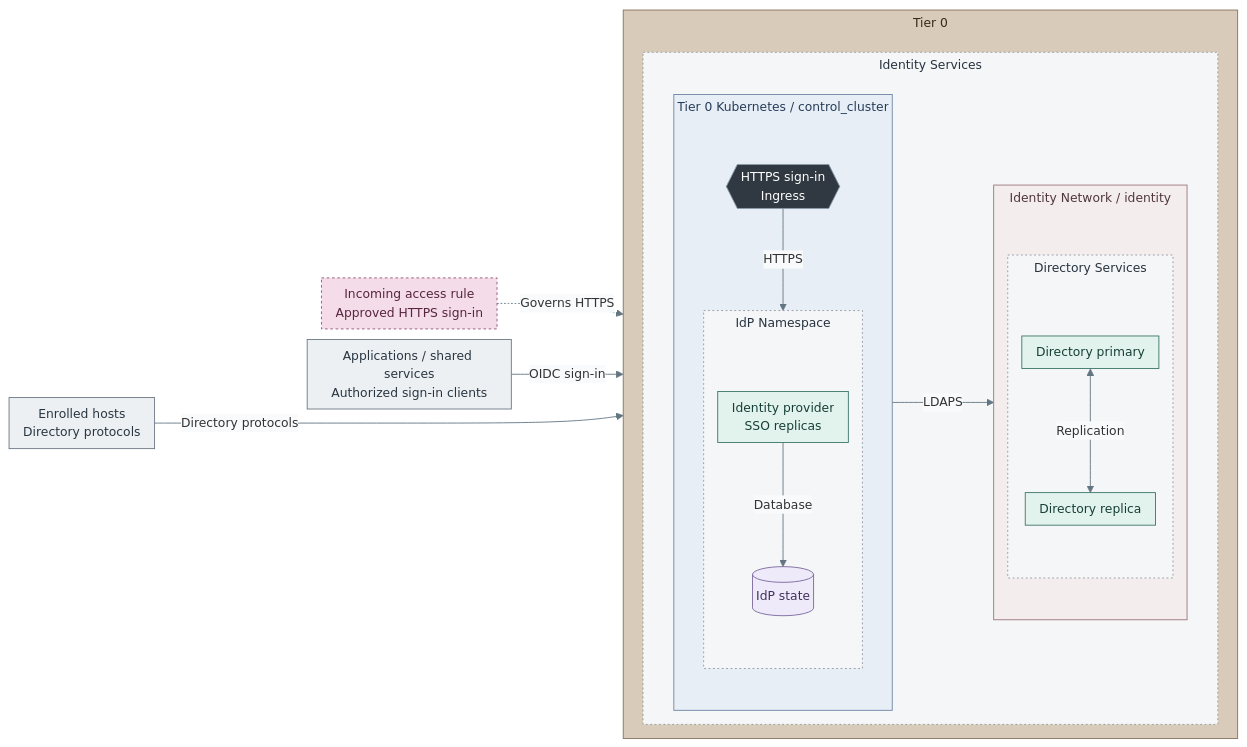
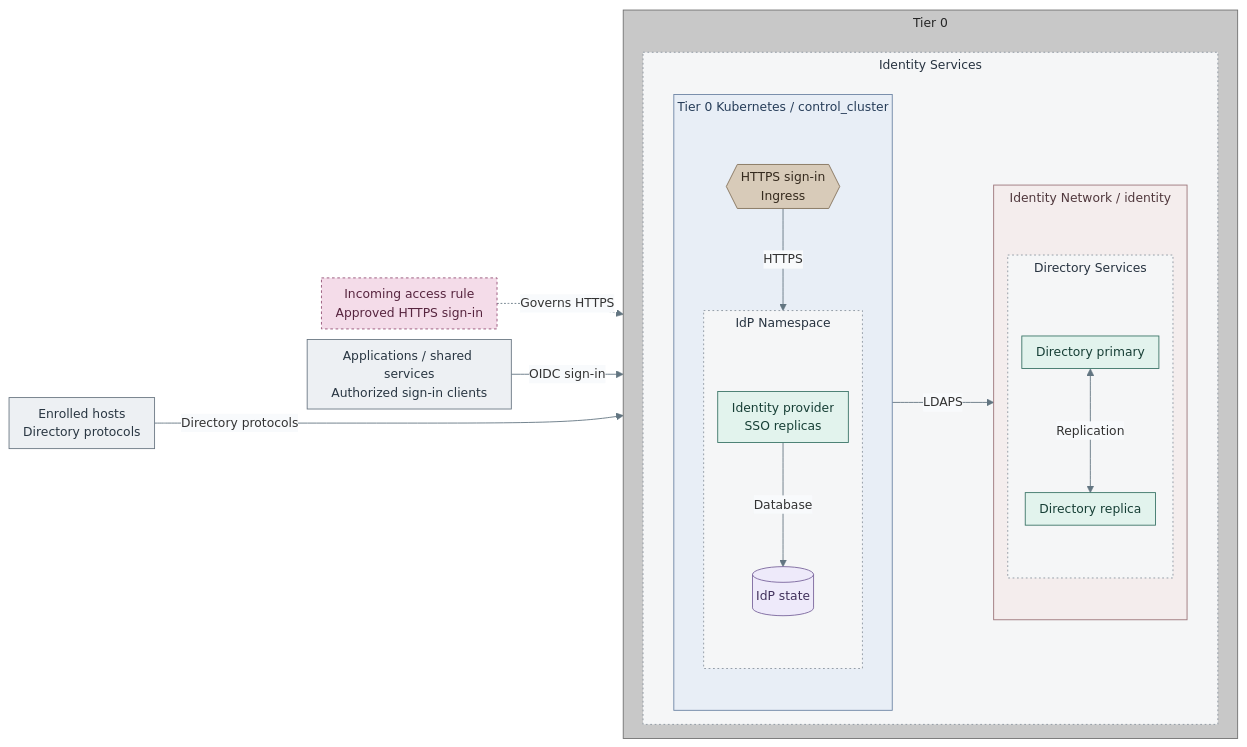
One commit to Rexus/homelab changed the first of 2 diagrams in docs/01-architecture/09-identity/README.md. Above: the diagram before and after it, drawn with Mermaid. The commit also changed other lines of this file and 91 other files, not shown here.

First line of the commit message:
docs(operations): document VMID cutover and align diagram colors

````diff
--- a/docs/01-architecture/09-identity/README.md
+++ b/docs/01-architecture/09-identity/README.md
@@ -14,62 +14,62 @@
 ```mermaid
 %%{init: {"theme":"base","flowchart":{"nodeSpacing":12,"rankSpacing":20,"padding":8,"subGraphTitleMargin":{"top":4,"bottom":28}},"themeVariables":{"fontFamily":"Arial, sans-serif","fontSize":"14px","lineColor":"#627581","edgeLabelBackground":"#f8fafc"},"fontFamily":"Arial, sans-serif"}}%%
 flowchart LR
   NetworkRule["Incoming access rule<br/>Approved HTTPS sign-in"]
   Consumers["Applications / shared services<br/>Authorized sign-in clients"]
   Hosts["Enrolled hosts<br/>Directory protocols"]
   subgraph T0["Tier 0"]
     direction LR
     subgraph IdentityServices["Identity Services"]
       direction LR
       subgraph Cluster["Tier 0 Kubernetes / control_cluster"]
         direction TB
         Ingress{{"HTTPS sign-in<br/>Ingress"}}
         subgraph IdPNamespace["IdP Namespace"]
           direction TB
           IdP["Identity provider<br/>SSO replicas"]
           Data[("IdP state")]
           IdP -->|Database| Data
         end
         Ingress -->|HTTPS| IdPNamespace
       end
       subgraph Directory["Identity Network / identity"]
         direction TB
         subgraph Pair["Directory Services"]
           direction TB
           Primary["Directory primary"]
           Replica["Directory replica"]
           Primary <-->|Replication| Replica
         end
       end
       IdPNamespace -->|LDAPS| Directory
     end
   end
   NetworkRule -. Governs HTTPS .-> Ingress
   Consumers -->|OIDC sign-in| Ingress
   Hosts ---->|Directory protocols| Directory
   classDef default fill:#f8fafc,stroke:#64748b,color:#1f2937
   class IdP default
-  classDef tier0 fill:#d8cbb9,stroke:#83715a,color:#352a1e
+  classDef tier0 fill:#c8c8c8,stroke:#707070,color:#262626
   class T0 tier0
   classDef deploymentGroup fill:#f5f6f7,stroke:#89939e,color:#273340,stroke-dasharray:2 3
   class IdentityServices deploymentGroup
   classDef group fill:#f5f6f7,stroke:#89939e,color:#273340,stroke-dasharray:2 3
   class IdPNamespace group
   classDef kubernetes fill:#e8eef6,stroke:#6b83a3,color:#263d59
   class Cluster kubernetes
   classDef zoneControl fill:#c9e0d5,stroke:#397366,color:#173f36
   classDef control fill:#e2f3ed,stroke:#397366,color:#173f36
   class Primary,Replica,IdP control
   classDef replicas fill:#f5f6f7,stroke:#89939e,color:#273340,stroke-dasharray:2 3
   class Pair replicas
   classDef data fill:#eeeafa,stroke:#78639b,color:#42325d
   class Data data
-  classDef traffic fill:#303841,stroke:#8a9baa,color:#ffffff
+  classDef traffic fill:#d8cbb9,stroke:#83715a,color:#352a1e
   class Ingress traffic
   classDef policy fill:#f4dce9,stroke:#955076,color:#57253f,stroke-dasharray:3 3
   class NetworkRule policy
   classDef actor fill:#edf0f3,stroke:#697682,color:#293642
   class Consumers,Hosts actor
   classDef network fill:#f4eded,stroke:#9b7378,color:#50383d
   class Directory network
 ```
````
